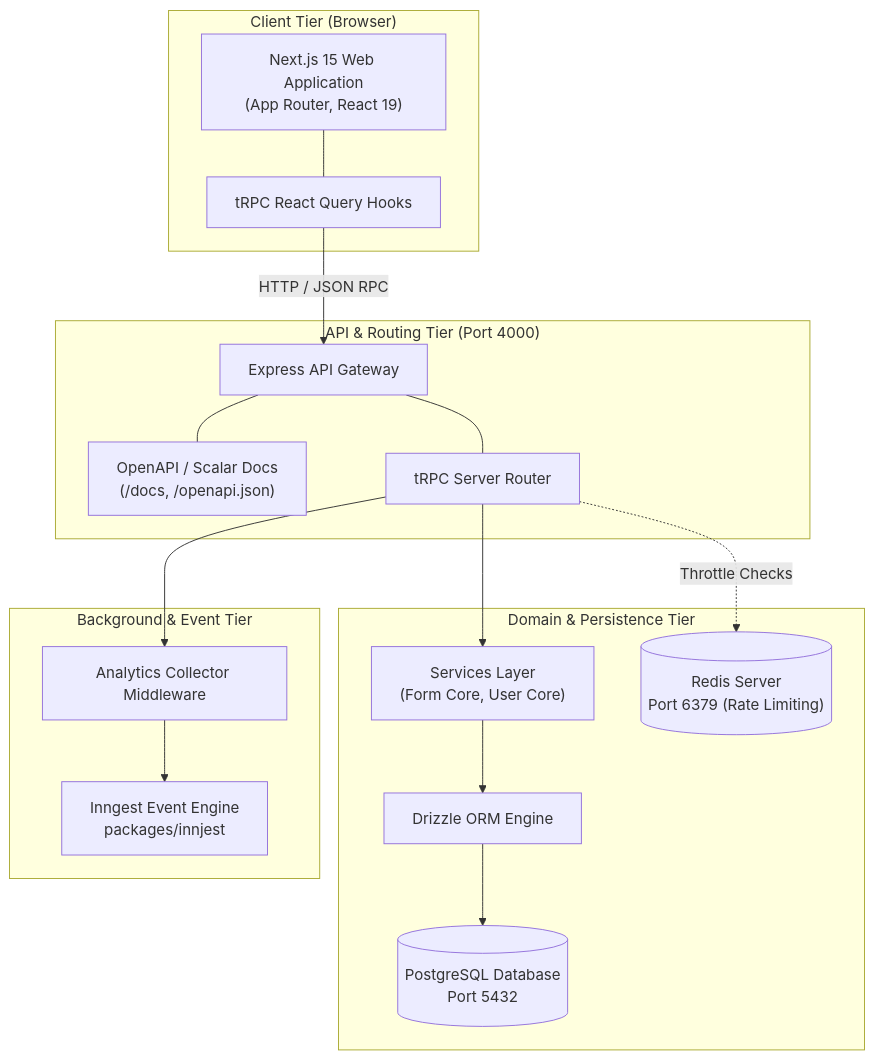
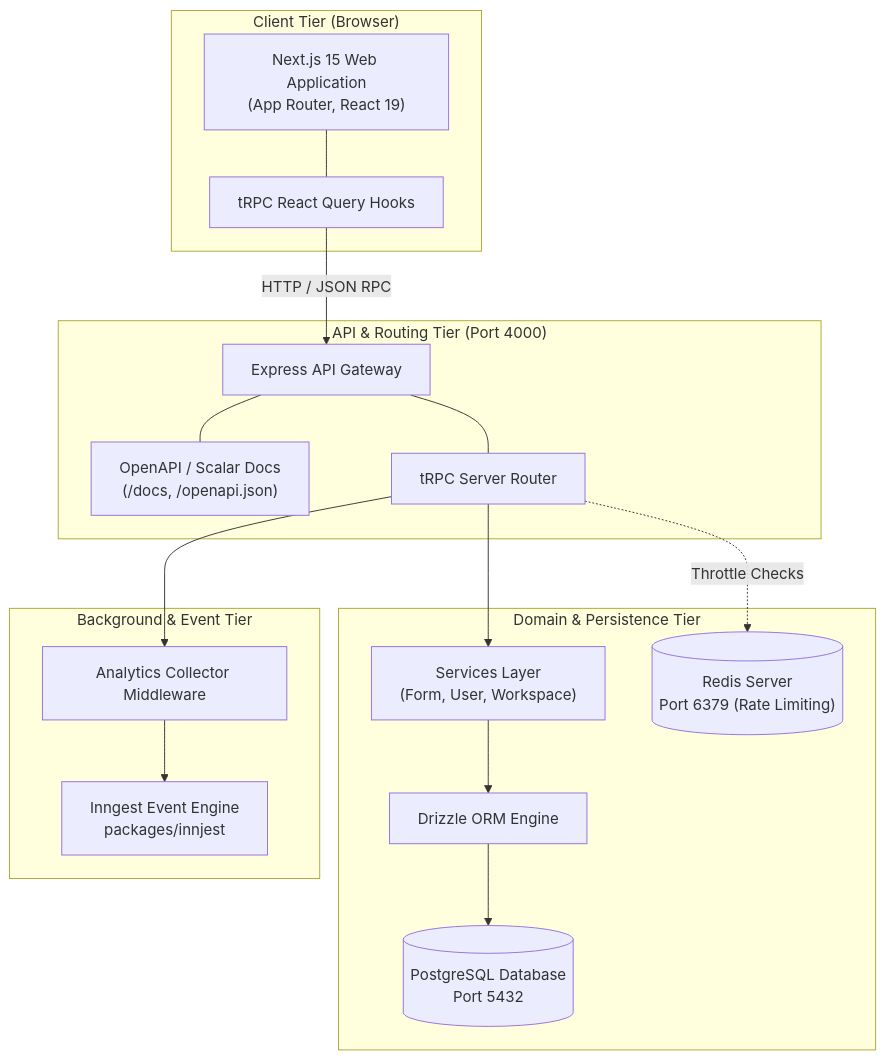
Before and after one commit to Sruhvx-jpg/leaform: the first of 4 diagrams in etc/doc/SYSTEM_DESIGN.md, drawn with Mermaid. The commit also changed other lines of this file and 3 other files, not shown here.

First line of the commit message:
docs: add workspace RBAC system design, role matrix, and join flow diagram

````diff
--- a/etc/doc/SYSTEM_DESIGN.md
+++ b/etc/doc/SYSTEM_DESIGN.md
@@ -11,37 +11,37 @@
 ```mermaid
 graph TB
     subgraph Client Tier ["Client Tier (Browser)"]
         WEB["Next.js 15 Web Application<br/>(App Router, React 19)"]
         CLIENT_TRPC["tRPC React Query Hooks"]
         WEB --- CLIENT_TRPC
     end
 
     subgraph API & Routing Tier ["API & Routing Tier (Port 4000)"]
         EXPRESS["Express API Gateway"]
         OPENAPI["OpenAPI / Scalar Docs<br/>(/docs, /openapi.json)"]
         TRPC_SERVER["tRPC Server Router"]
         EXPRESS --- TRPC_SERVER
         EXPRESS --- OPENAPI
     end
 
     subgraph Domain & Persistence Tier ["Domain & Persistence Tier"]
-        SERVICES["Services Layer<br/>(Form Core, User Core)"]
+        SERVICES["Services Layer<br/>(Form, User, Workspace)"]
         DRIZZLE["Drizzle ORM Engine"]
         PG[("PostgreSQL Database<br/>Port 5432")]
         REDIS[("Redis Server<br/>Port 6379 (Rate Limiting)")]
 
         TRPC_SERVER --> SERVICES
         SERVICES --> DRIZZLE
         DRIZZLE --> PG
         TRPC_SERVER -.->|Throttle Checks| REDIS
     end
 
     subgraph Event & Analytics Tier ["Background & Event Tier"]
         INNGEST["Inngest Event Engine<br/>packages/innjest"]
         ANALYTICS["Analytics Collector Middleware"]
         TRPC_SERVER --> ANALYTICS
         ANALYTICS --> INNGEST
     end
 
     CLIENT_TRPC -->|HTTP / JSON RPC| EXPRESS
 ```
````
